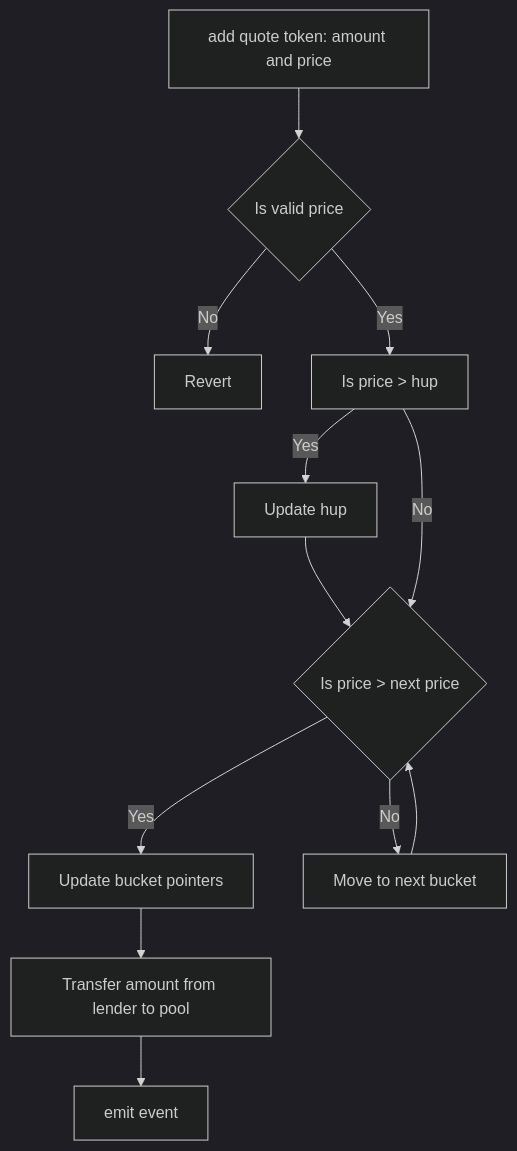
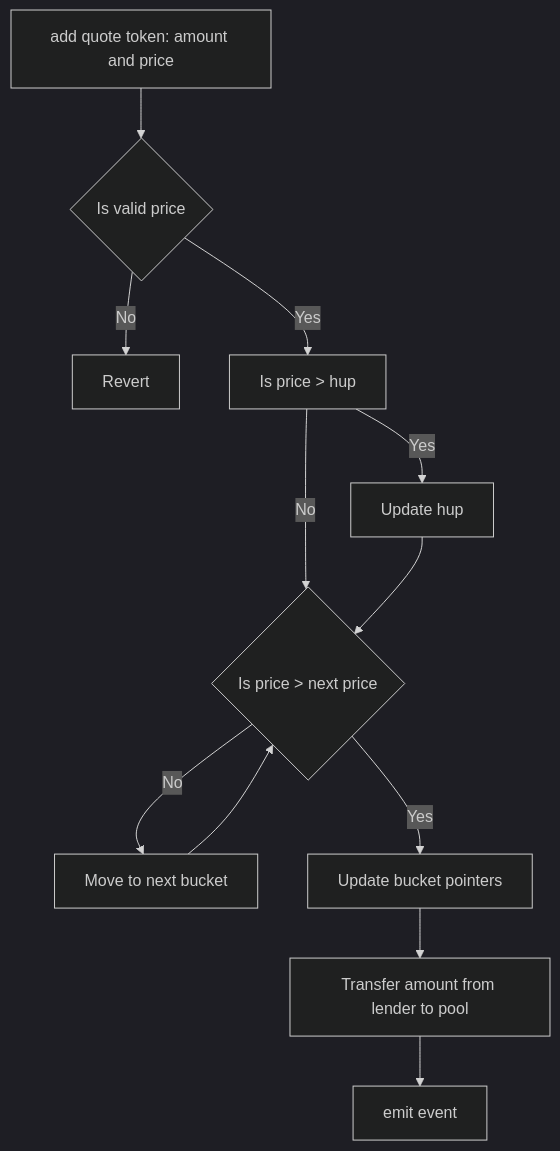
The diagram in README.md (ajna-finance/ajna-core), drawn with Mermaid (dark theme) before and after one commit. The commit also changed other lines of this file and 4 other files, not shown here.

````diff
--- a/README.md
+++ b/README.md
@@ -95,10 +95,10 @@
 ```mermaid
   graph TD;
       A[add quote token: amount and price] --> B{Is valid price};
       B -- No --> C[Revert];
       B -- Yes --> D[Is price > hup];
+      D -- No --> F{Is price > next price};
       D -- Yes --> E[Update hup] --> F{Is price > next price};
-      D -- No --> F{Is price > next price};
+      F -- No --> H[Move to next bucket]--> F{Is price > next price};
       F -- Yes --> G[Update bucket pointers] --> I[Transfer amount from lender to pool] --> J[emit event];
-      F -- No --> H[Move to next bucket]--> F{Is price > next price};
 ```
````
